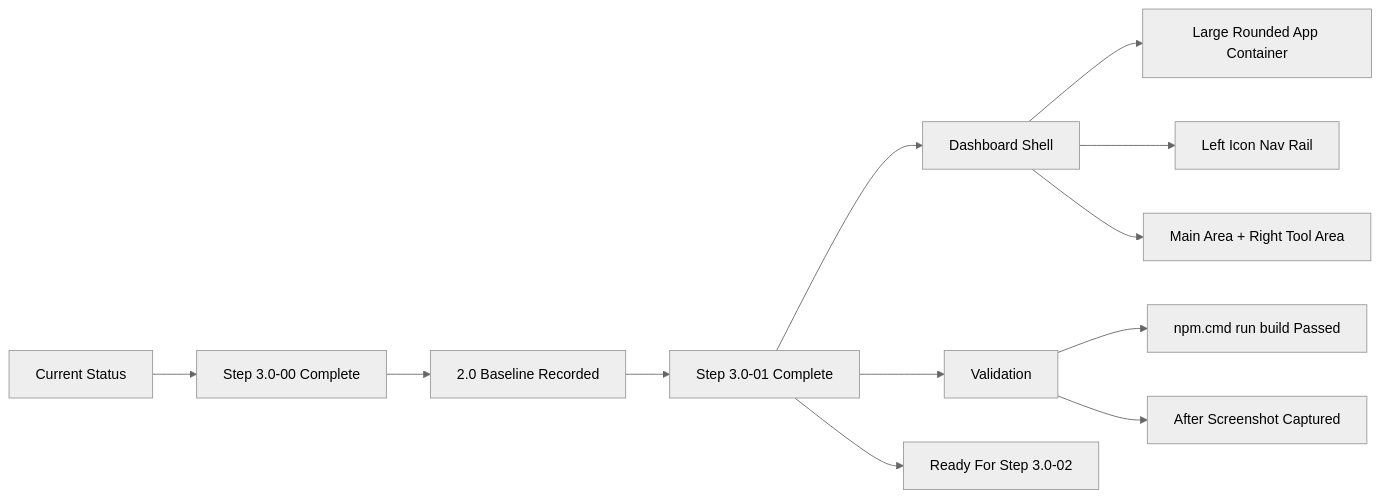
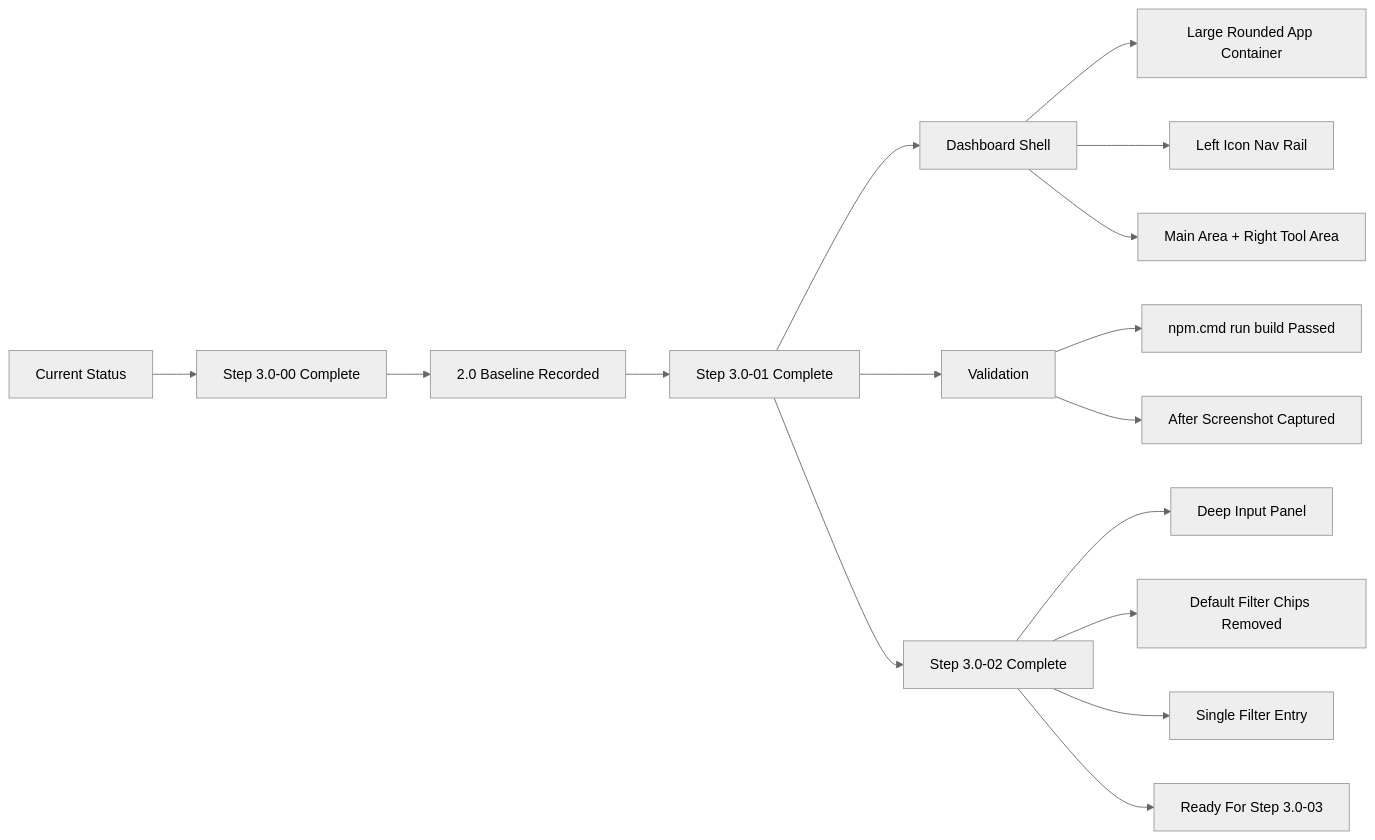
Before and after one commit to nouri247351793-dotcom/cooking-ai-planner: the diagram in 2_coding_documentation/09_v3_upgrade/04_flowcharts_v3/current_status_v3.mmd, drawn with Mermaid (neutral theme). The commit also changed 11 other files, not shown here.

First line of the commit message:
[step-3.0-02][feat] refactor homepage input panel and filter entry

```diff
--- a/2_coding_documentation/09_v3_upgrade/04_flowcharts_v3/current_status_v3.mmd
+++ b/2_coding_documentation/09_v3_upgrade/04_flowcharts_v3/current_status_v3.mmd
@@ -1,15 +1,19 @@
 flowchart LR
   A[Current Status] --> B[Step 3.0-00 Complete]
   B --> C[2.0 Baseline Recorded]
   C --> D[Step 3.0-01 Complete]
 
   D --> E[Dashboard Shell]
   E --> F[Large Rounded App Container]
   E --> G[Left Icon Nav Rail]
   E --> H[Main Area + Right Tool Area]
 
   D --> I[Validation]
   I --> J[npm.cmd run build Passed]
   I --> K[After Screenshot Captured]
 
-  D --> L[Ready For Step 3.0-02]
+  D --> L[Step 3.0-02 Complete]
+  L --> M[Deep Input Panel]
+  L --> N[Default Filter Chips Removed]
+  L --> O[Single Filter Entry]
+  L --> P[Ready For Step 3.0-03]
```
